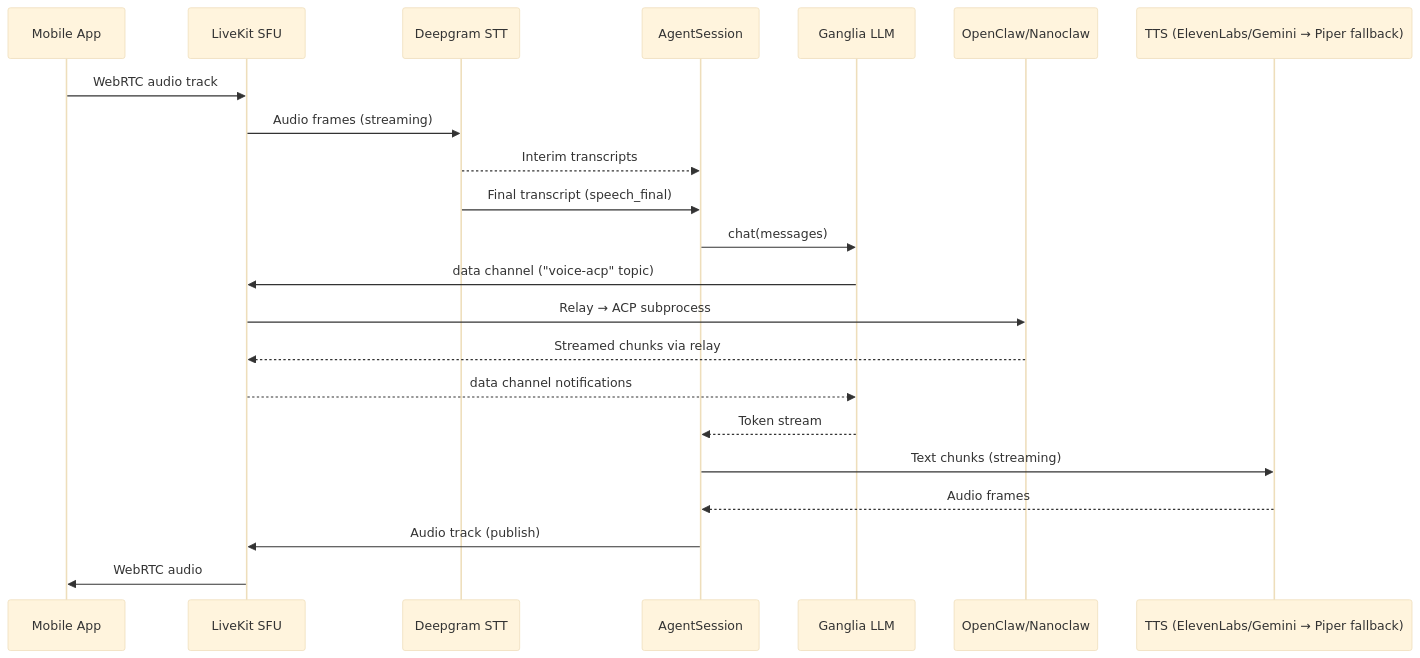
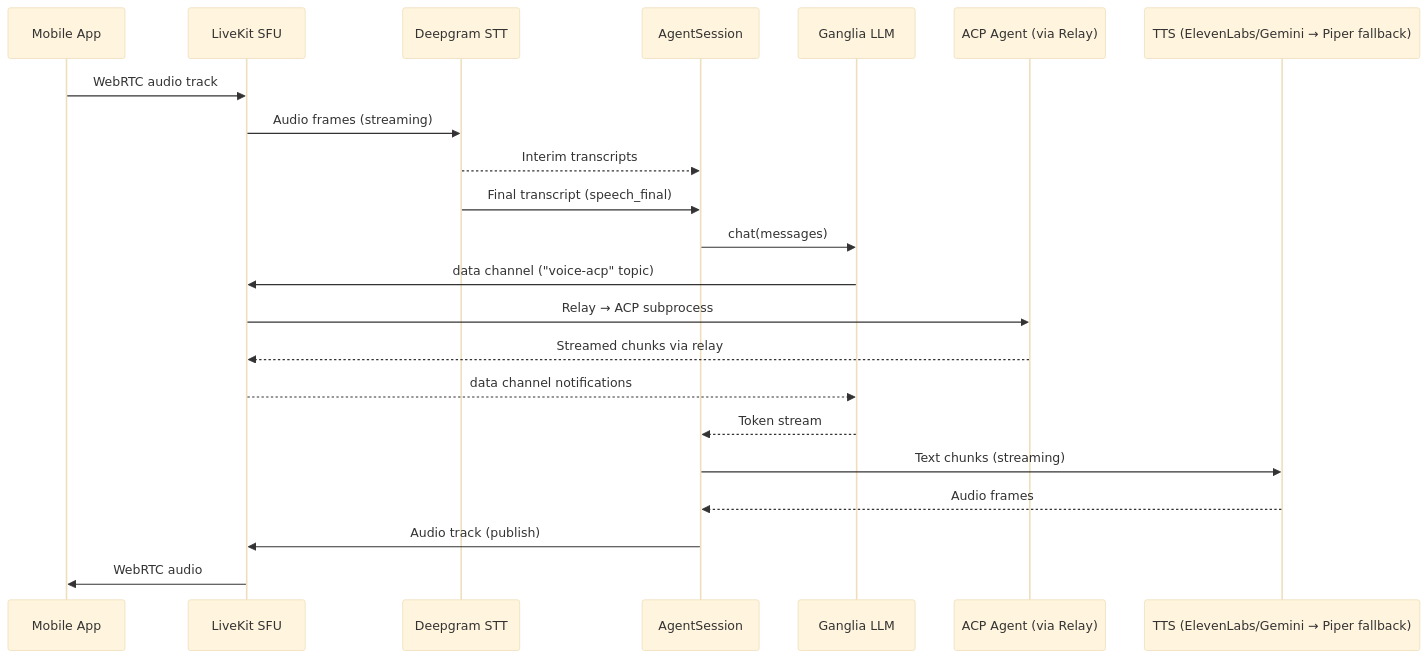
One commit to dremonkey/fletcher changed the diagram in docs/architecture/voice-pipeline.md. Above: the diagram before and after it, drawn with Mermaid (base theme). The commit also changed other lines of this file and 11 other files, not shown here.

First line of the commit message:
docs: bulk-update architecture docs for Epic 30 end state

````diff
--- a/docs/architecture/voice-pipeline.md
+++ b/docs/architecture/voice-pipeline.md
@@ -7,29 +7,29 @@
 ```mermaid
 sequenceDiagram
     participant Phone as Mobile App
     participant LK as LiveKit SFU
     participant STT as Deepgram STT
     participant Agent as AgentSession
     participant LLM as Ganglia LLM
-    participant Brain as OpenClaw/Nanoclaw
+    participant Brain as ACP Agent (via Relay)
     participant TTS as TTS (ElevenLabs/Gemini → Piper fallback)
 
     Phone->>LK: WebRTC audio track
     LK->>STT: Audio frames (streaming)
     STT-->>Agent: Interim transcripts
     STT->>Agent: Final transcript (speech_final)
 
     Agent->>LLM: chat(messages)
 
     LLM->>LK: data channel ("voice-acp" topic)
     LK->>Brain: Relay → ACP subprocess
     Brain-->>LK: Streamed chunks via relay
     LK-->>LLM: data channel notifications
 
     LLM-->>Agent: Token stream
 
     Agent->>TTS: Text chunks (streaming)
     TTS-->>Agent: Audio frames
     Agent->>LK: Audio track (publish)
     LK->>Phone: WebRTC audio
 ```
````
